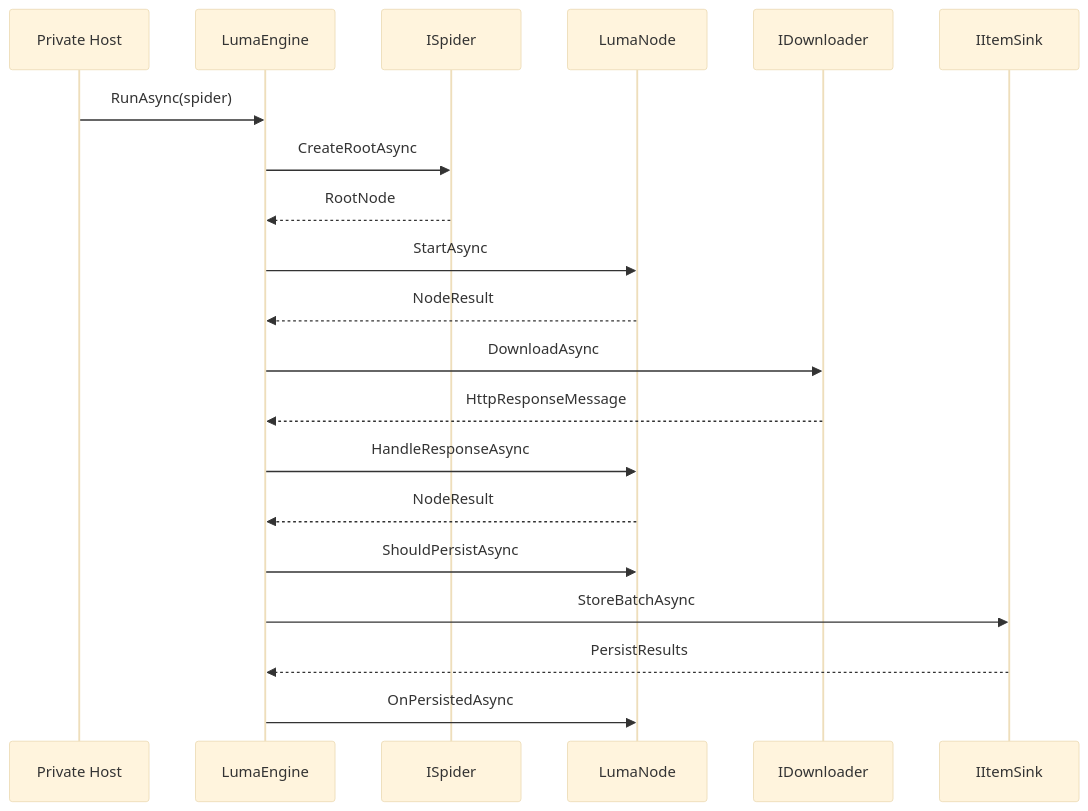
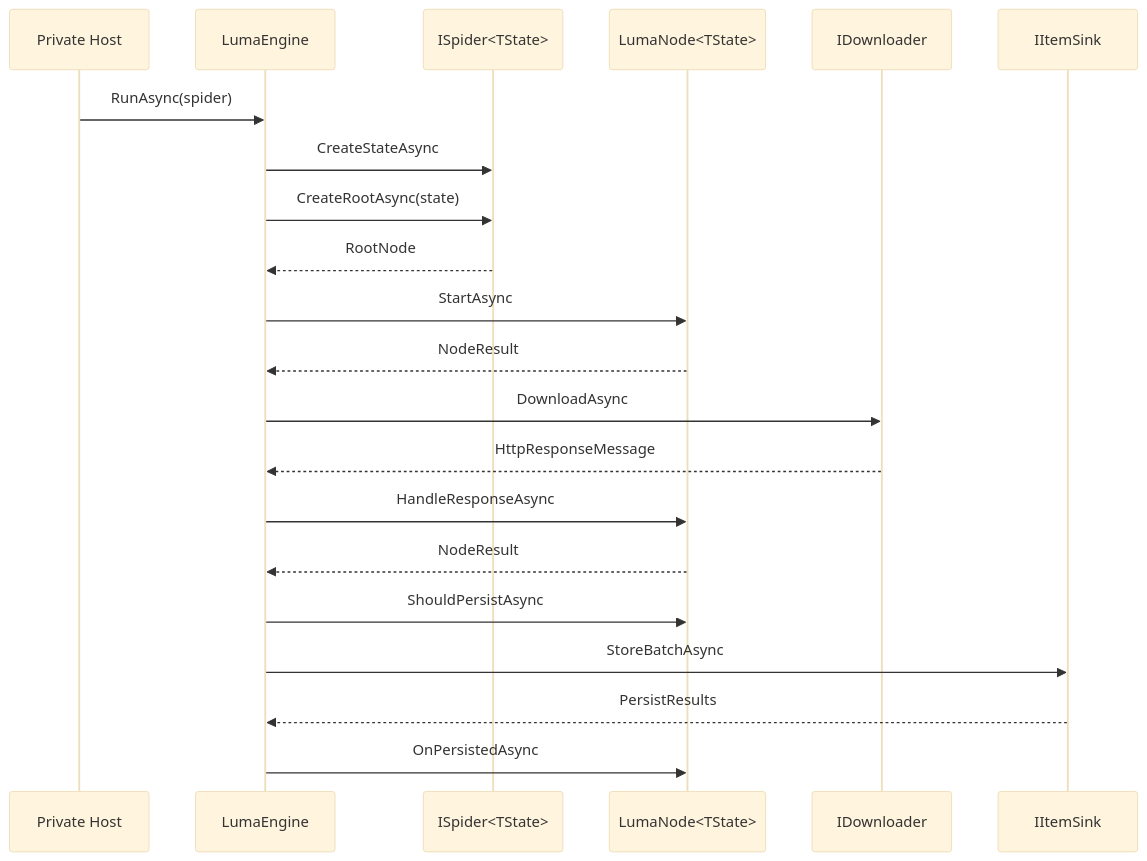
The diagram in Zeayii.Luma.Engine/README.en.md (zeayii/luma), drawn with Mermaid (base theme) before and after one commit. The commit also changed other lines of this file and 37 other files, not shown here.

````diff
--- a/Zeayii.Luma.Engine/README.en.md
+++ b/Zeayii.Luma.Engine/README.en.md
@@ -18,23 +18,24 @@
 ```mermaid
 sequenceDiagram
     participant Host as Private Host
     participant Engine as LumaEngine
-    participant Spider as ISpider
-    participant Node as LumaNode
+    participant Spider as ISpider<TState>
+    participant Node as LumaNode<TState>
     participant D as IDownloader
     participant Sink as IItemSink
 
     Host->>Engine: RunAsync(spider)
-    Engine->>Spider: CreateRootAsync
+    Engine->>Spider: CreateStateAsync
+    Engine->>Spider: CreateRootAsync(state)
     Spider-->>Engine: RootNode
     Engine->>Node: StartAsync
     Node-->>Engine: NodeResult
     Engine->>D: DownloadAsync
     D-->>Engine: HttpResponseMessage
     Engine->>Node: HandleResponseAsync
     Node-->>Engine: NodeResult
     Engine->>Node: ShouldPersistAsync
     Engine->>Sink: StoreBatchAsync
     Sink-->>Engine: PersistResults
     Engine->>Node: OnPersistedAsync
 ```
````
